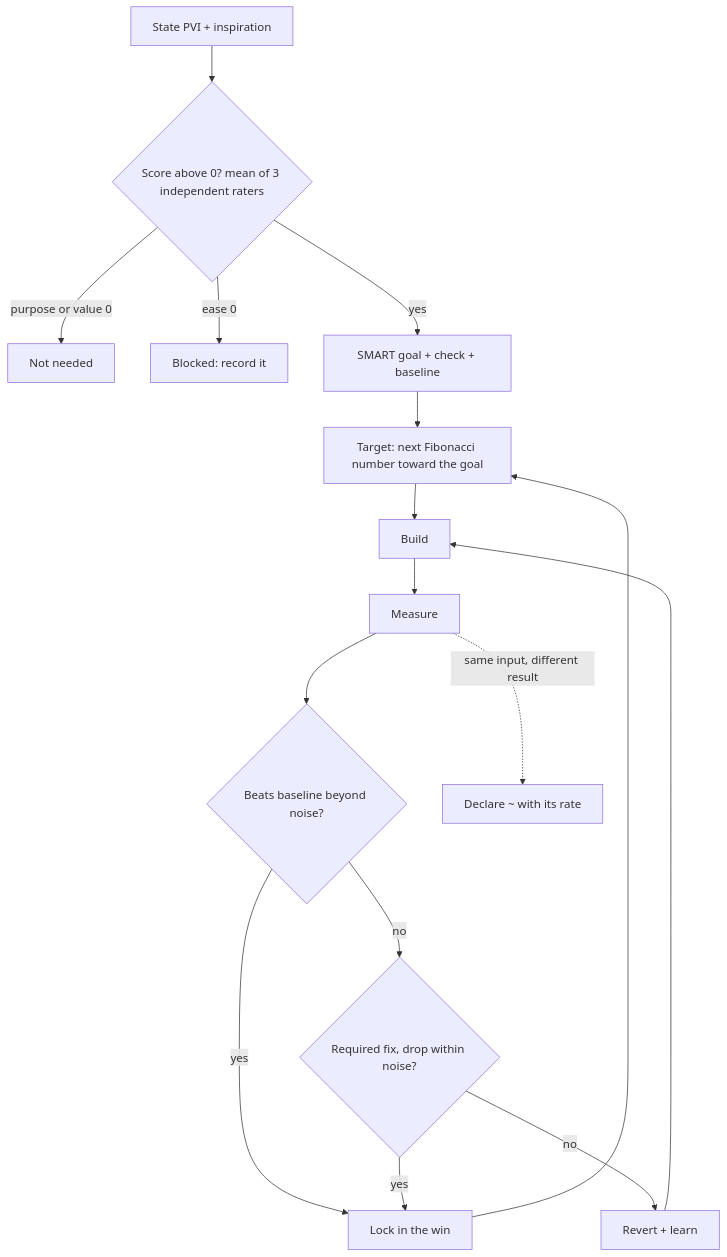
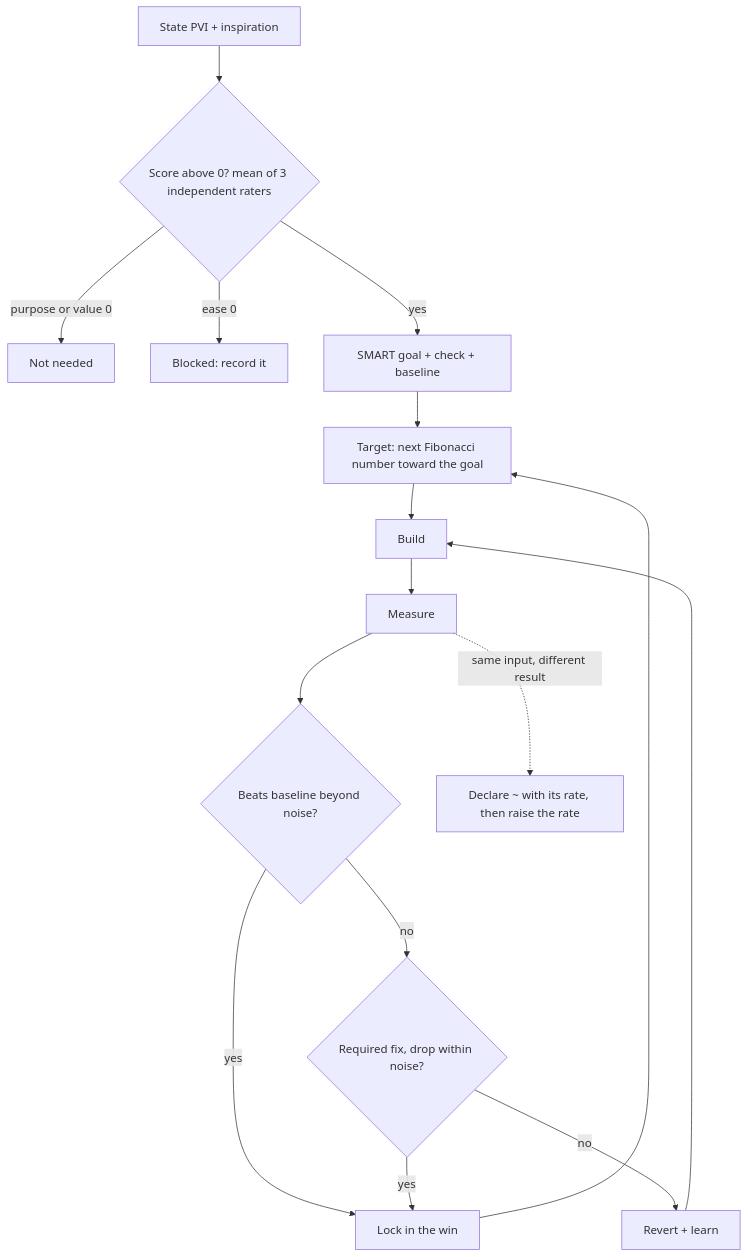
The seventh of 14 diagrams in AGENTS.md (SolenixAI/arbiter), drawn with Mermaid before and after one commit. The commit also changed other lines of this file, not shown here.

````diff
--- a/AGENTS.md
+++ b/AGENTS.md
@@ -299,14 +302,14 @@
 ```mermaid
 flowchart TD
   PV[State PVI + inspiration] --> S{Score above 0? mean of 3 independent raters}
   S -->|purpose or value 0| N[Not needed]
   S -->|ease 0| B[Blocked: record it]
   S -->|yes| G[SMART goal + check + baseline]
   G --> T[Target: next Fibonacci number toward the goal] --> BU[Build] --> M[Measure]
   M --> K{Beats baseline beyond noise?}
   K -->|yes| L[Lock in the win] --> T
   K -->|no| RF{Required fix, drop within noise?}
   RF -->|yes| L
   RF -->|no| R[Revert + learn] --> BU
-  M -.->|same input, different result| Z["Declare ~ with its rate"]
+  M -.->|same input, different result| Z["Declare ~ with its rate, then raise the rate"]
 ```
````
